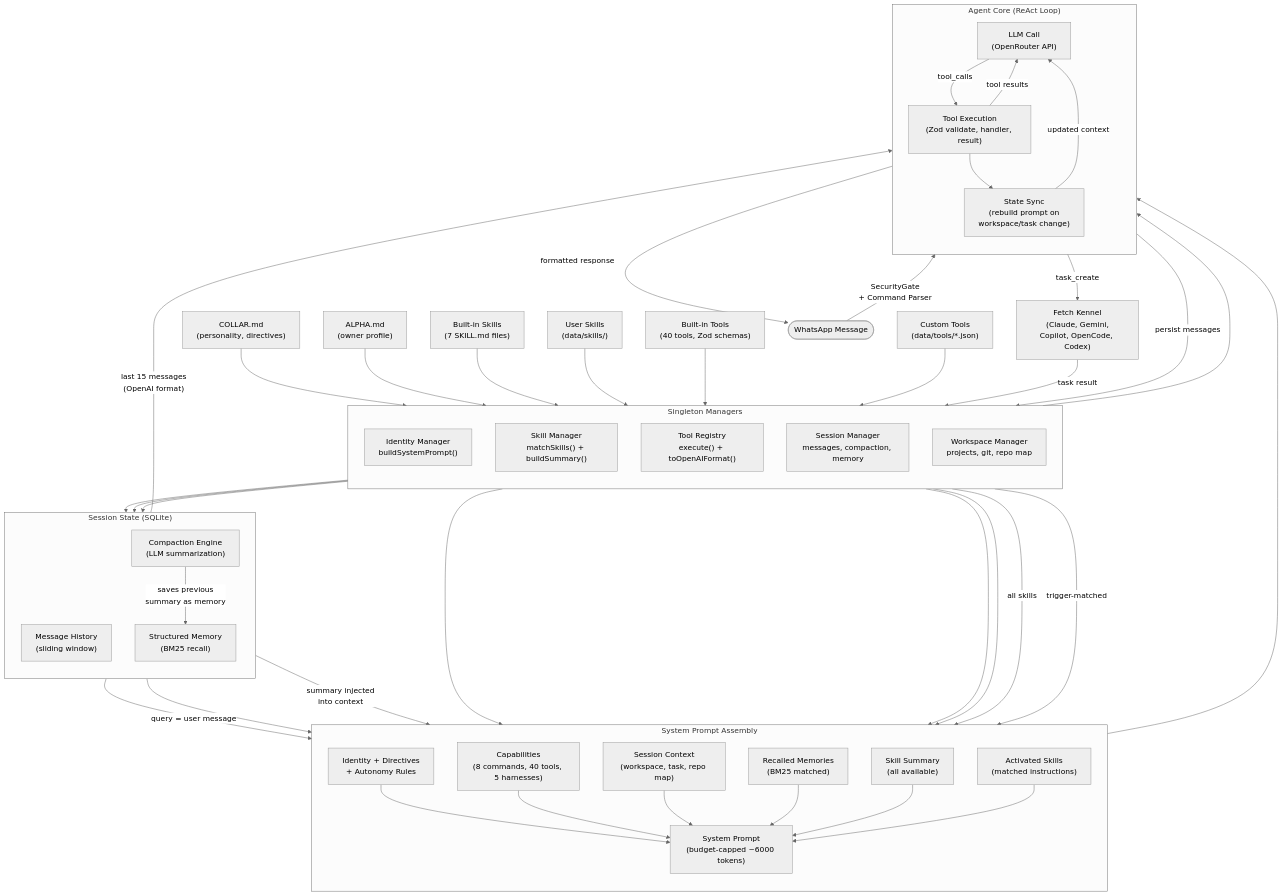
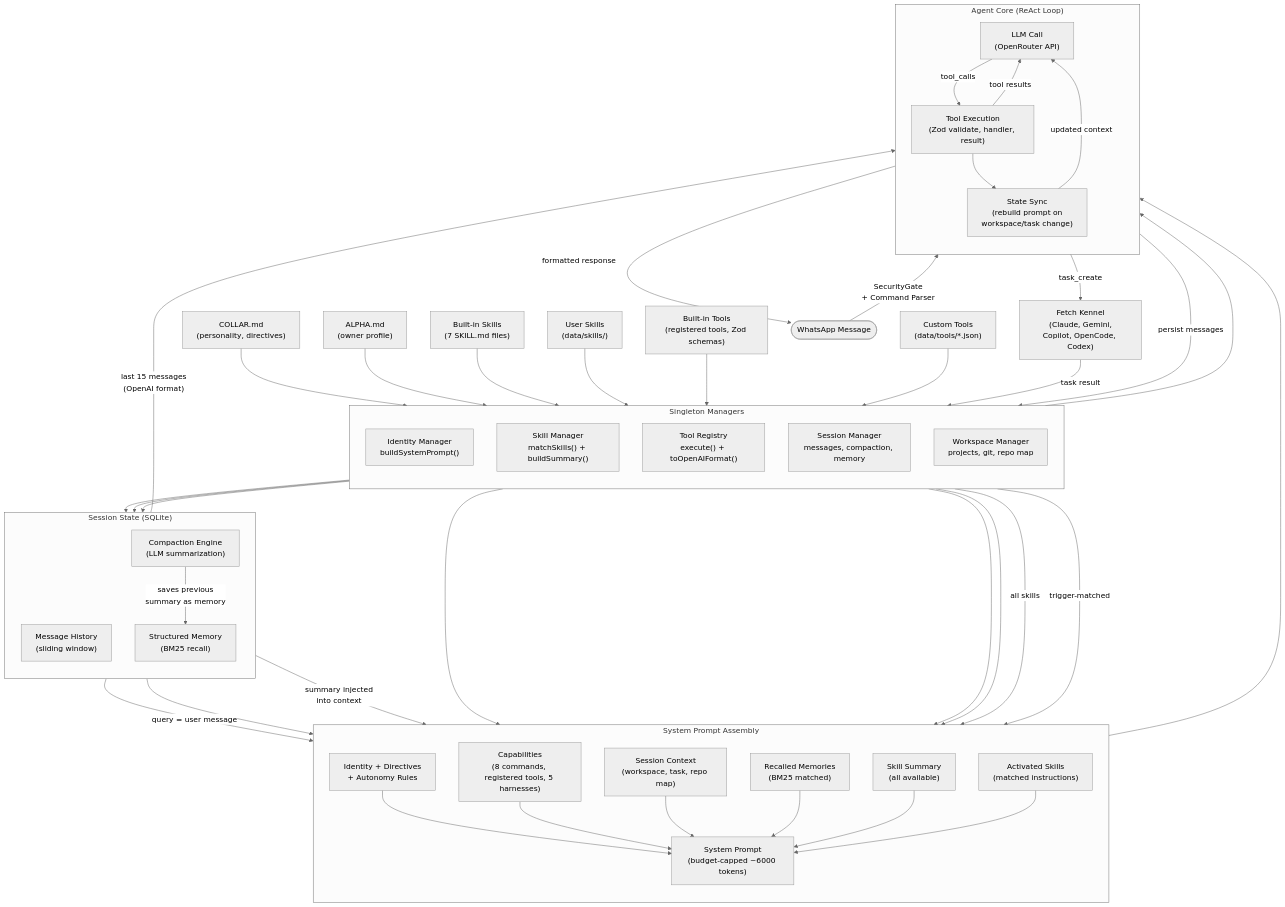
The diagram in docs/markdown/SYSTEMS_DEEP_DIVE.md (Traves-Theberge/Fetch), drawn with Mermaid (neutral theme) before and after one commit. The commit also changed other lines of this file and 32 other files, not shown here.

```diff
--- a/docs/markdown/SYSTEMS_DEEP_DIVE.md
+++ b/docs/markdown/SYSTEMS_DEEP_DIVE.md
@@ -305,7 +313,7 @@
     ALPHA["ALPHA.md<br/>(owner profile)"]
     BuiltinSkills["Built-in Skills<br/>(7 SKILL.md files)"]
     UserSkills["User Skills<br/>(data/skills/)"]
-    BuiltinTools["Built-in Tools<br/>(40 tools, Zod schemas)"]
+    BuiltinTools["Built-in Tools<br/>(registered tools, Zod schemas)"]
     CustomTools["Custom Tools<br/>(data/tools/*.json)"]
 
     %% Managers
@@ -342,7 +350,7 @@
     subgraph ContextAssembly ["System Prompt Assembly"]
         direction TB
         Identity["Identity + Directives<br/>+ Autonomy Rules"]
-        Capabilities["Capabilities<br/>(8 commands, 40 tools, 5 harnesses)"]
+        Capabilities["Capabilities<br/>(8 commands, registered tools, 5 harnesses)"]
         SessionCtx["Session Context<br/>(workspace, task, repo map)"]
         RecalledMem["Recalled Memories<br/>(BM25 matched)"]
         SkillSummary["Skill Summary<br/>(all available)"]
```
